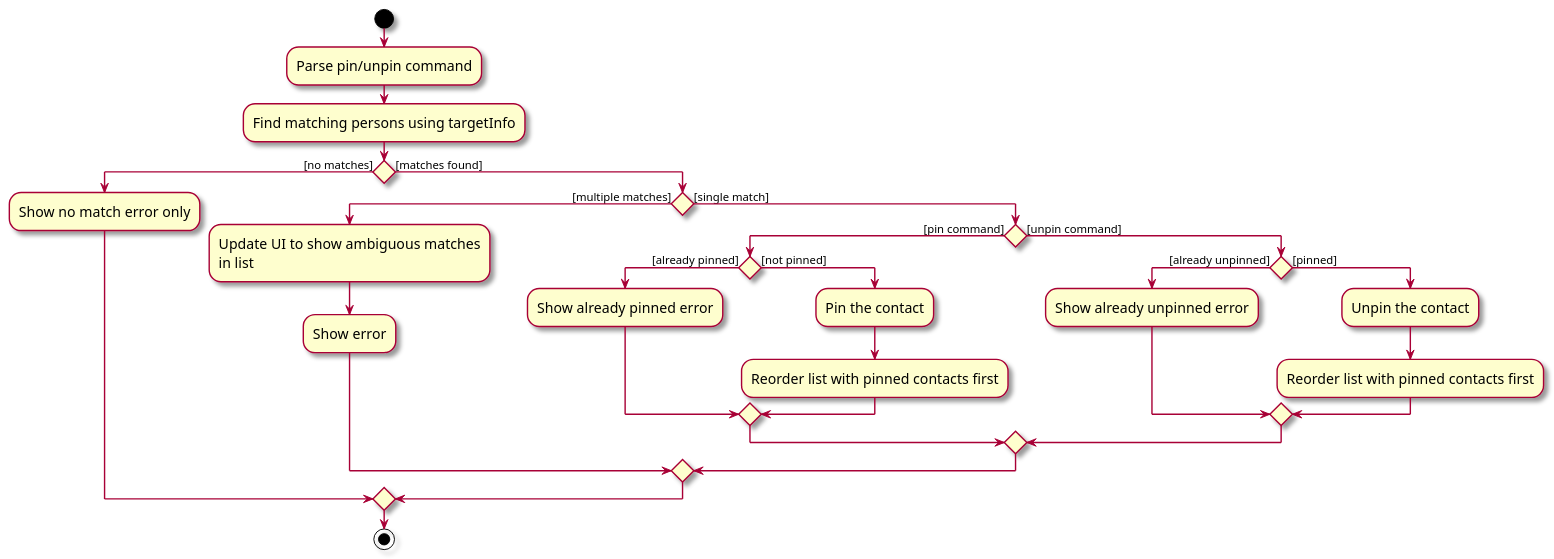
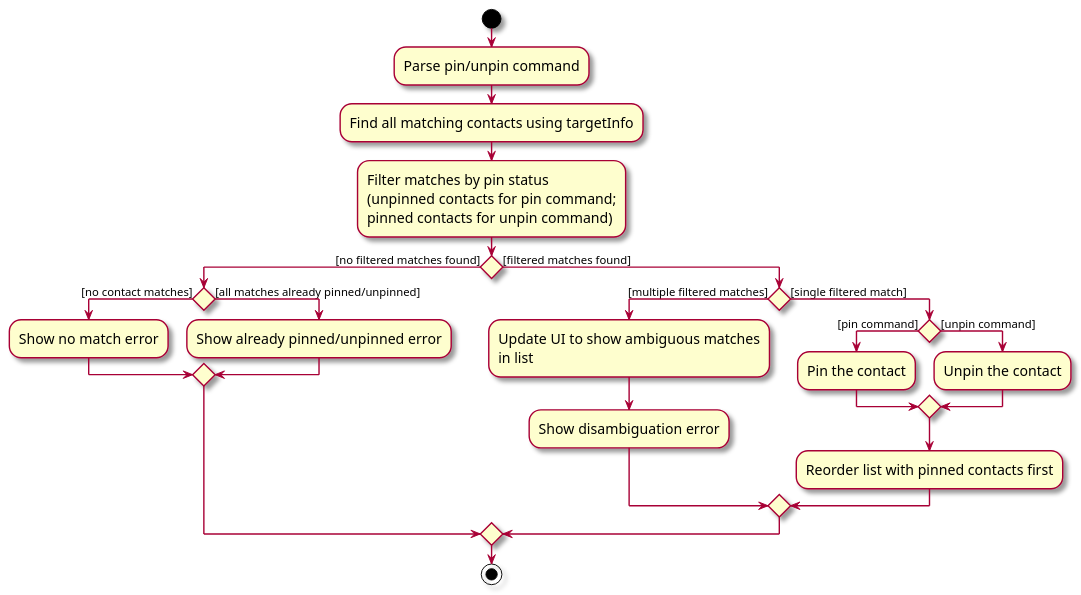
Before and after one commit to AY2526S2-CS2103-F08-4/tp: the diagram in diagrams/PinActivityDiagram.puml, drawn with PlantUML. The commit also changed 27 other files, not shown here.

```diff
--- a/diagrams/PinActivityDiagram.puml
+++ b/diagrams/PinActivityDiagram.puml
@@ -1,36 +1,32 @@
 @startuml
 skin rose
 skinparam ActivityFontSize 15
 skinparam ArrowFontSize 12
 
 start
 :Parse pin/unpin command;
-:Find matching persons using targetInfo;
+:Find all matching contacts using targetInfo;
+:Filter matches by pin status\n(unpinned contacts for pin command;\npinned contacts for unpin command);
 
-if () then ([no matches])
-  :Show no match error only;
-else ([matches found])
-  if () then ([multiple matches])
+if () then ([no filtered matches found])
+  if () then ([no contact matches])
+    :Show no match error;
+  else ([all matches already pinned/unpinned])
+    :Show already pinned/unpinned error;
+  endif
+else ([filtered matches found])
+  if () then ([multiple filtered matches])
     :Update UI to show ambiguous matches\nin list;
-    :Show error;
-  else ([single match])
+    :Show disambiguation error;
+  else ([single filtered match])
     if () then ([pin command])
-      if () then ([already pinned])
-        :Show already pinned error;
-      else ([not pinned])
-        :Pin the contact;
-        :Reorder list with pinned contacts first;
-      endif
+      :Pin the contact;
     else ([unpin command])
-      if () then ([already unpinned])
-        :Show already unpinned error;
-      else ([pinned])
-        :Unpin the contact;
-        :Reorder list with pinned contacts first;
-      endif
+      :Unpin the contact;
     endif
+    :Reorder list with pinned contacts first;
   endif
 endif
 
 stop
 @enduml
```
